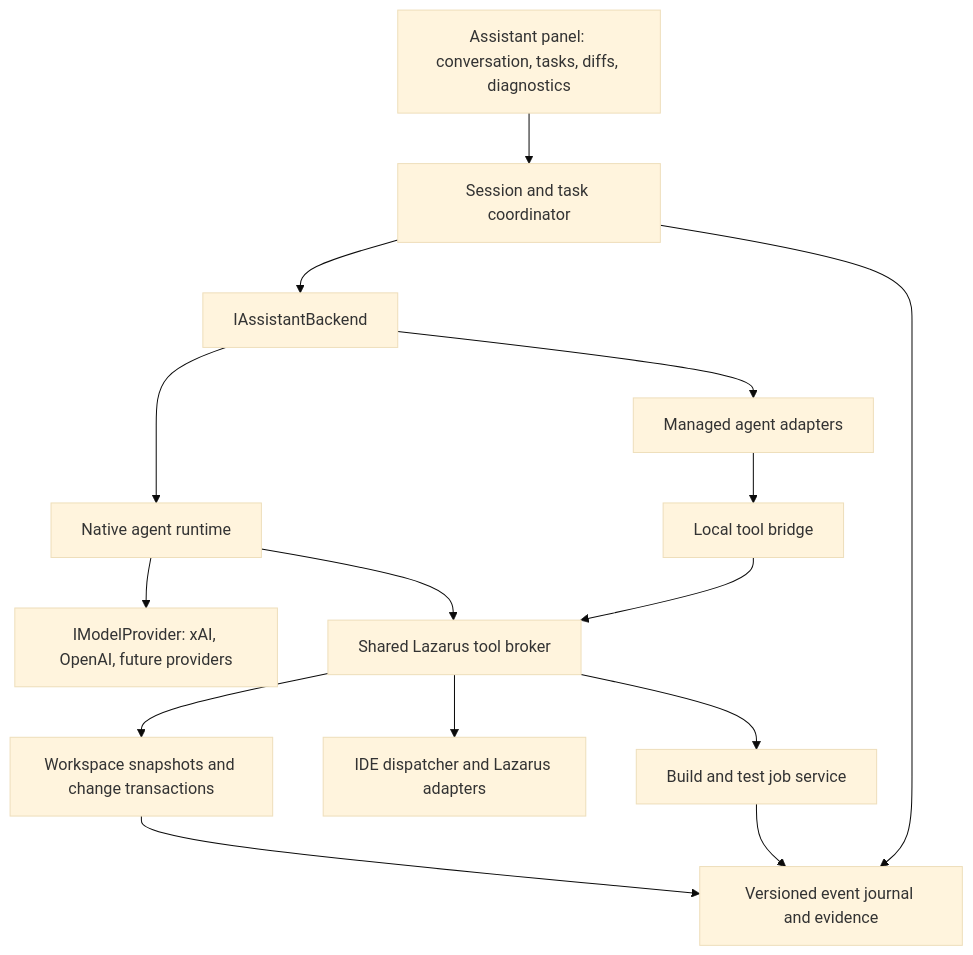
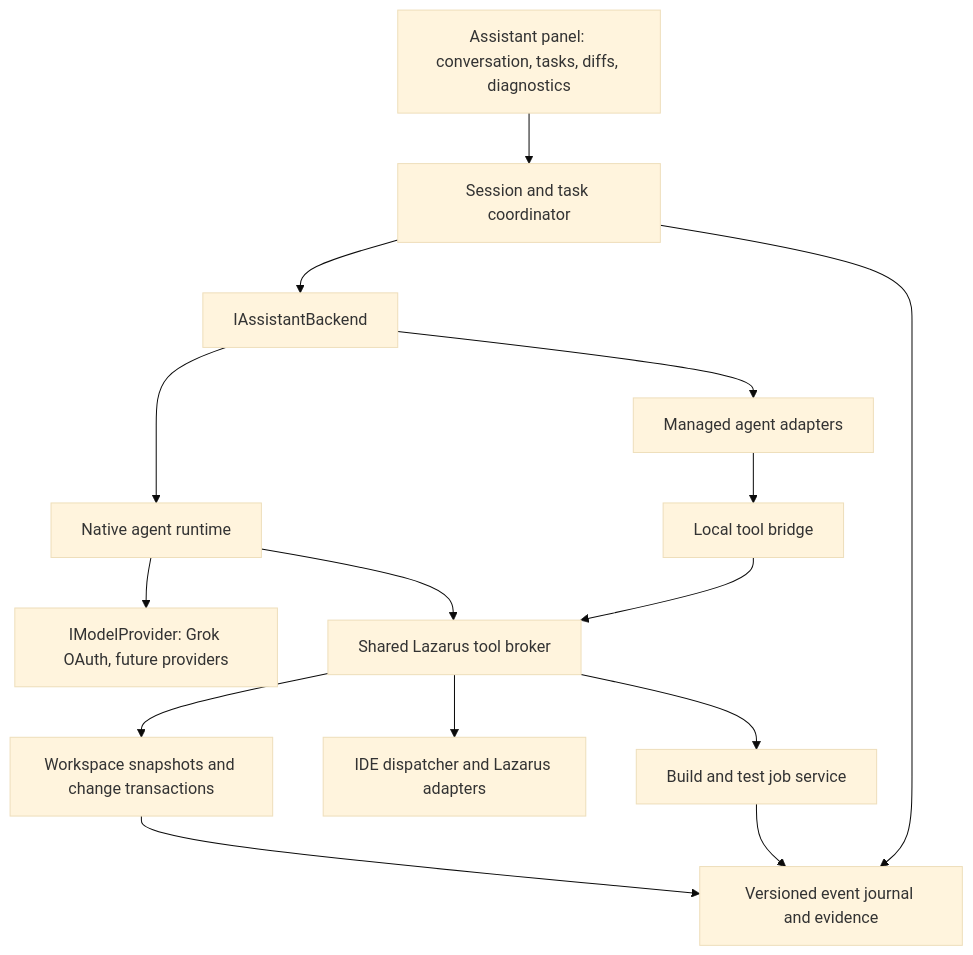
One commit to PaulMichell/LazWorkflow changed the diagram in Documents/LazAssistantTools-Architecture-and-IDE-Integration-Revision-Plan.md. Above: the diagram before and after it, drawn with Mermaid (base theme). The commit also changed other lines of this file, not shown here.

Commit message:
Require subscription-backed Grok and ChatGPT integration

````diff
--- a/Documents/LazAssistantTools-Architecture-and-IDE-Integration-Revision-Plan.md
+++ b/Documents/LazAssistantTools-Architecture-and-IDE-Integration-Revision-Plan.md
@@ -77,17 +81,17 @@
 ```mermaid
 flowchart TB
     UI[Assistant panel: conversation, tasks, diffs, diagnostics] --> Coordinator[Session and task coordinator]
     Coordinator --> Backend[IAssistantBackend]
     Backend --> Native[Native agent runtime]
     Backend --> Managed[Managed agent adapters]
-    Native --> Providers[IModelProvider: xAI, OpenAI, future providers]
+    Native --> Providers[IModelProvider: Grok OAuth, future providers]
     Native --> Broker[Shared Lazarus tool broker]
     Managed --> Bridge[Local tool bridge]
     Bridge --> Broker
     Broker --> Workspace[Workspace snapshots and change transactions]
     Broker --> IDE[IDE dispatcher and Lazarus adapters]
     Broker --> Jobs[Build and test job service]
     Coordinator --> Journal[Versioned event journal and evidence]
     Workspace --> Journal
     Jobs --> Journal
 ```
````
